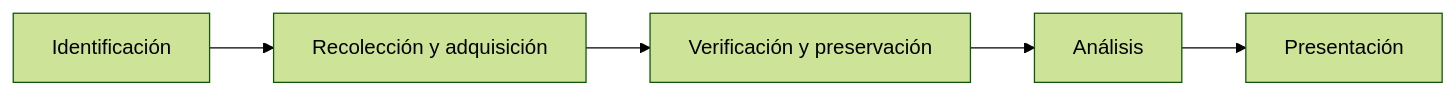
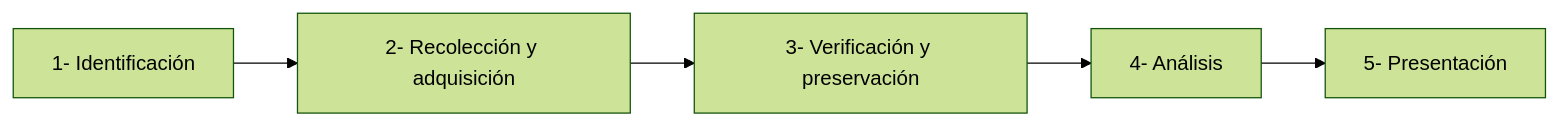
The second of 2 diagrams in docs/es/explainers/01-explainer-introduccion-forense-digital/01-explainer-introduccion-forense-digital.md (bedoyadaniel/forensics), drawn with Mermaid (forest theme) before and after one commit. The commit also changed other lines of this file, not shown here.

````diff
--- a/docs/es/explainers/01-explainer-introduccion-forense-digital/01-explainer-introduccion-forense-digital.md
+++ b/docs/es/explainers/01-explainer-introduccion-forense-digital/01-explainer-introduccion-forense-digital.md
@@ -95,7 +95,7 @@
 ``` mermaid
 graph LR
-  A[Identificación] --> B[Recolección y adquisición];
-  B --> C[Verificación y preservación];
-  C --> D[Análisis];
-  D --> E[Presentación];
+  A[1- Identificación] --> B[2- Recolección y adquisición];
+  B --> C[3- Verificación y preservación];
+  C --> D[4- Análisis];
+  D --> E[5- Presentación];
 ```
````
